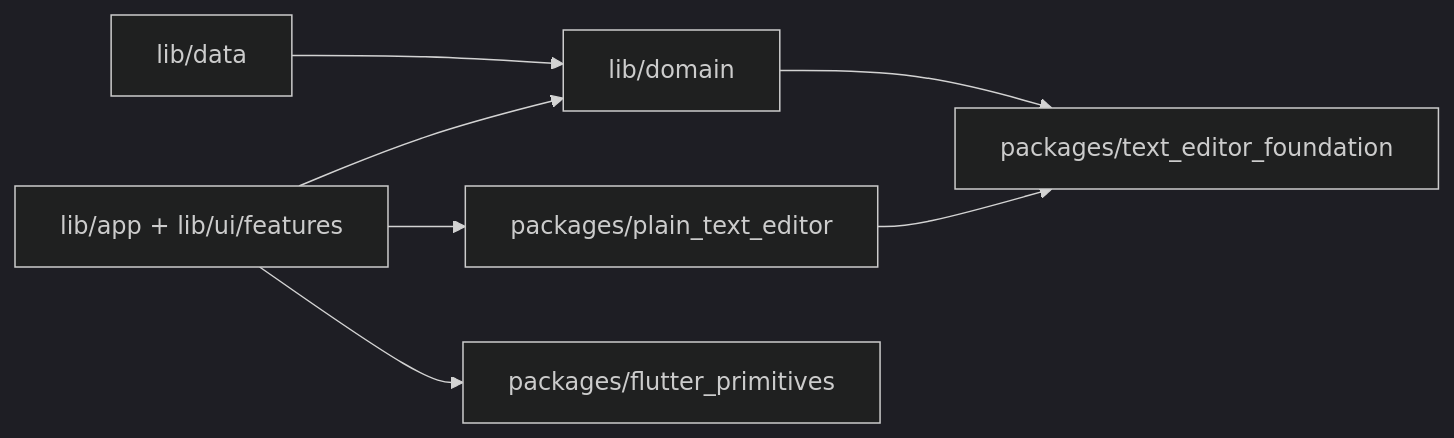
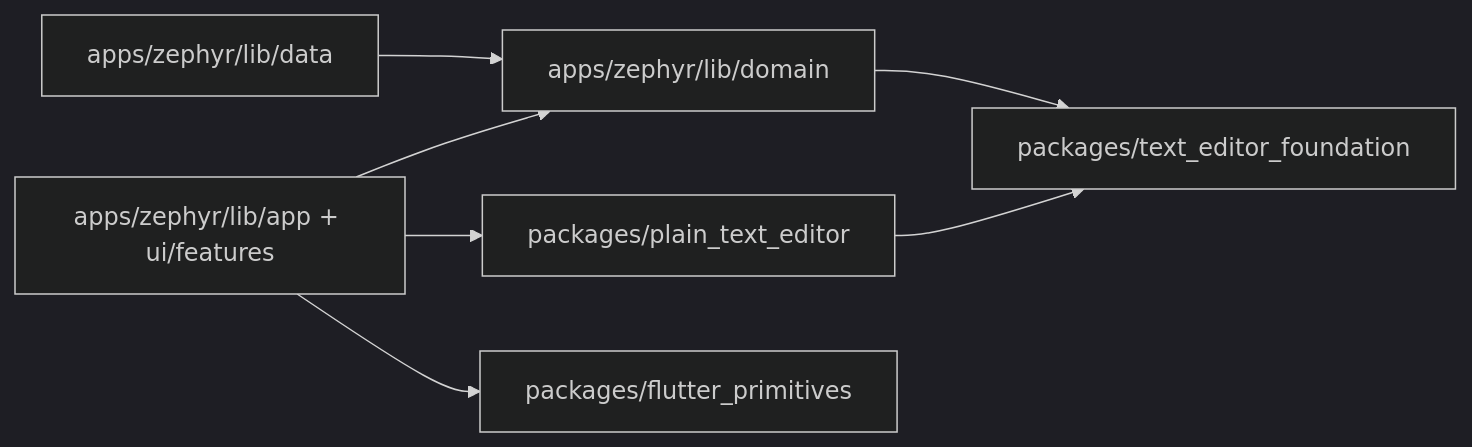
The diagram in docs/ARCHITECTURE.md (Dionysen/Zephyr), drawn with Mermaid (dark theme) before and after one commit. The commit also changed other lines of this file and 466 other files, not shown here.

````diff
--- a/docs/ARCHITECTURE.md
+++ b/docs/ARCHITECTURE.md
@@ -9,9 +9,9 @@
 ```mermaid
 flowchart LR
-  App["lib/app + lib/ui/features"] --> Domain["lib/domain"]
-  Data["lib/data"] --> Domain
+  App["apps/zephyr/lib/app + ui/features"] --> Domain["apps/zephyr/lib/domain"]
+  Data["apps/zephyr/lib/data"] --> Domain
   App --> Editor["packages/plain_text_editor"]
   App --> Widgets["packages/flutter_primitives"]
   Domain --> Foundation["packages/text_editor_foundation"]
   Editor --> Foundation
 ```
````
